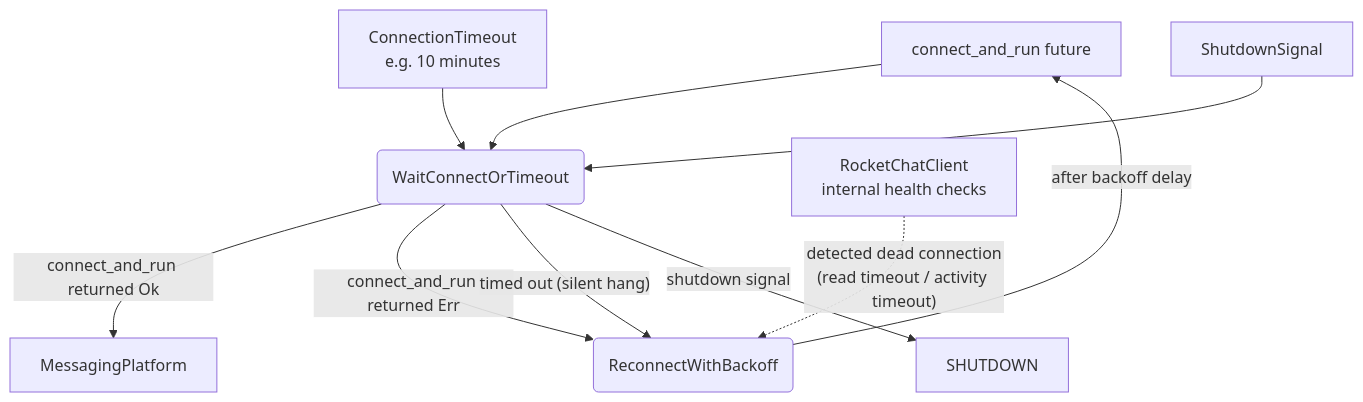
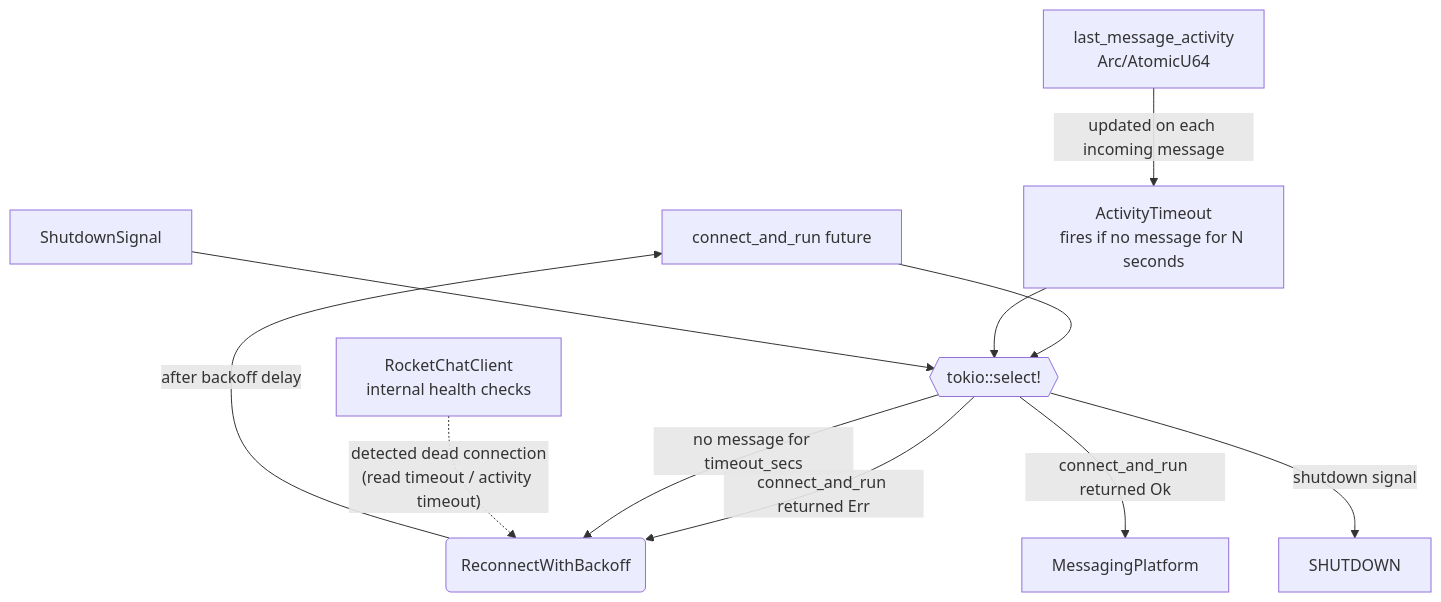
Before and after one commit to cosmoswafer/rockbot: the third of 4 diagrams in _dfd/agent/agent-loop.md, drawn with Mermaid. The commit also changed other lines of this file and 2 other files, not shown here.

First line of the commit message:
fix: replace global connection timeout with activity-based timeout

````diff
--- a/_dfd/agent/agent-loop.md
+++ b/_dfd/agent/agent-loop.md
@@ -132,20 +134,21 @@
 ```mermaid
 flowchart TD
     CONNECT_FUT[connect_and_run future]
-    TIMEOUT_DUR[ConnectionTimeout<br/>e.g. 10 minutes]
-    RUN(WaitConnectOrTimeout)
+    LAST_MSG[last_message_activity<br/>Arc/AtomicU64]
+    ACTIVITY_TIMEOUT[ActivityTimeout<br/>fires if no message for N seconds]
     SHUTDOWN_SIG[ShutdownSignal]
     RECONNECT(ReconnectWithBackoff)
     PLATFORM[MessagingPlatform]
     RC_CLIENT[RocketChatClient<br/>internal health checks]
 
-    CONNECT_FUT --> RUN
-    TIMEOUT_DUR --> RUN
+    CONNECT_FUT --> RUN{{tokio::select!}}
+    ACTIVITY_TIMEOUT --> RUN
     SHUTDOWN_SIG --> RUN
     RUN -->|"connect_and_run returned Ok"| PLATFORM
     RUN -->|"connect_and_run returned Err"| RECONNECT
-    RUN -->|"timed out (silent hang)"| RECONNECT
+    RUN -->|"no message for timeout_secs"| RECONNECT
     RUN -->|"shutdown signal"| SHUTDOWN
+    LAST_MSG -->|"updated on each incoming message"| ACTIVITY_TIMEOUT
     RC_CLIENT -.->|"detected dead connection<br/>(read timeout / activity timeout)"| RECONNECT
     RECONNECT -->|"after backoff delay"| CONNECT_FUT
 ```
````
